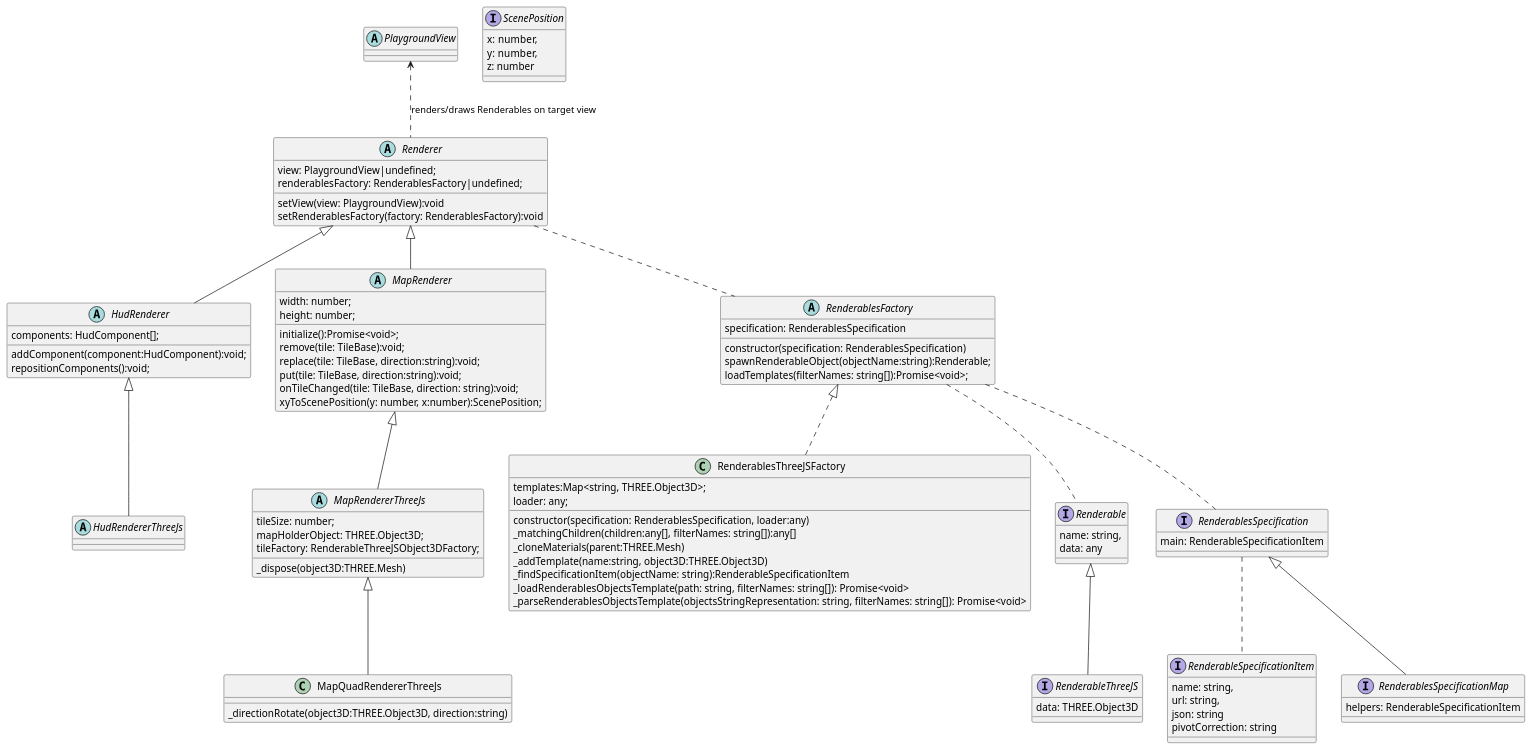
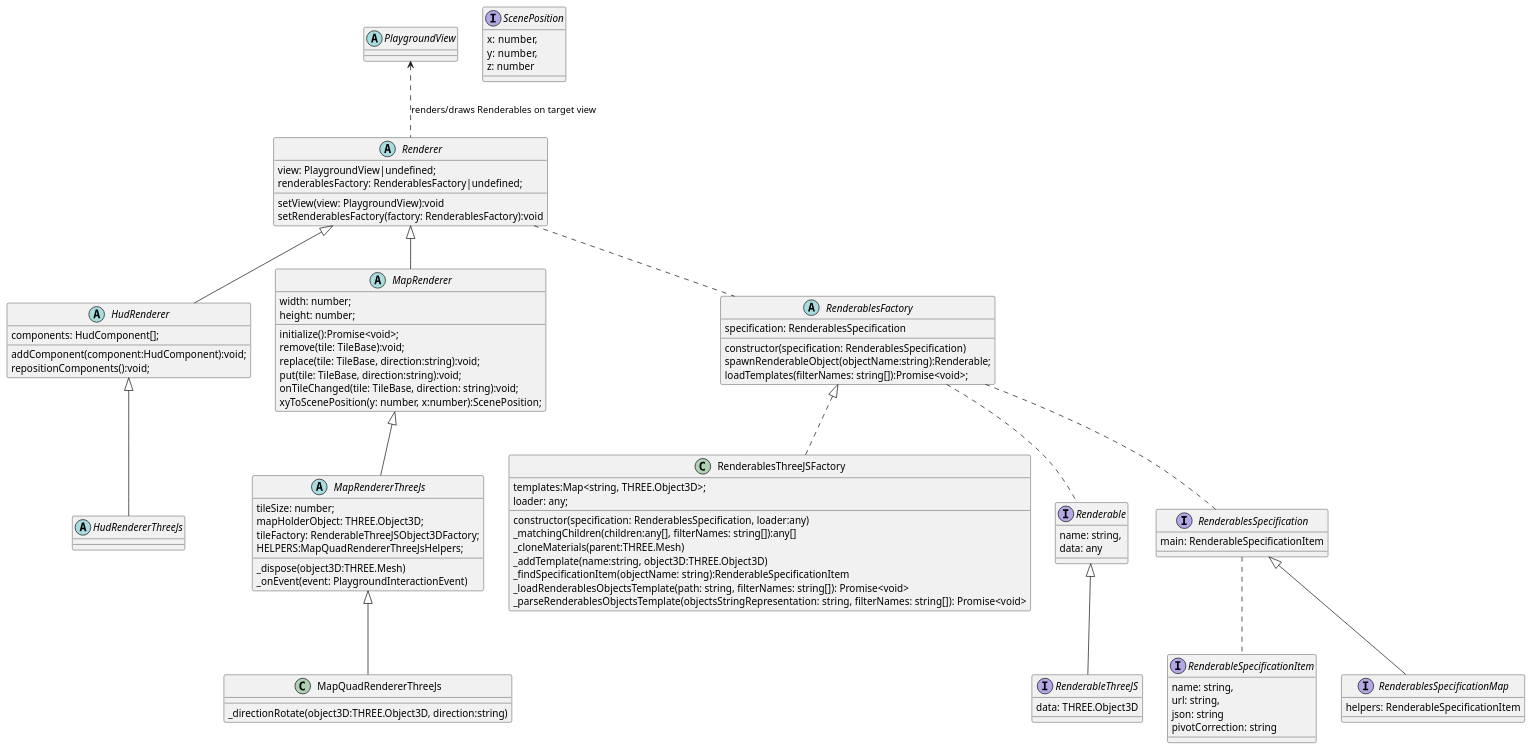
Before and after one commit to yentenobserver/gngine: the diagram in docs/renderer.model.puml, drawn with PlantUML. The commit also changed 3 other files, not shown here.

```diff
--- a/docs/renderer.model.puml
+++ b/docs/renderer.model.puml
@@ -1,118 +1,120 @@
 @startuml
 
 
 
 abstract class PlaygroundView {  }
 
 
 abstract class Renderer {
   view: PlaygroundView|undefined;
   renderablesFactory: RenderablesFactory|undefined;
   {method} setView(view: PlaygroundView):void
   {method} setRenderablesFactory(factory: RenderablesFactory):void
 }
 
 abstract class HudRenderer {
   components: HudComponent[];
   {method} addComponent(component:HudComponent):void;
   {method} repositionComponents():void;
 }
 
 abstract class HudRendererThreeJs {}
 
 abstract class MapRenderer {
   {field} width: number;
   {field} height: number;
   
 
   {method} initialize():Promise<void>;
   {method} remove(tile: TileBase):void;
   {method} replace(tile: TileBase, direction:string):void;
   {method} put(tile: TileBase, direction:string):void;
   {method} onTileChanged(tile: TileBase, direction: string):void;
   {method} xyToScenePosition(y: number, x:number):ScenePosition;
 }
 
 abstract class MapRendererThreeJs {
   tileSize: number;
   mapHolderObject: THREE.Object3D;
   tileFactory: RenderableThreeJSObject3DFactory;
+  HELPERS:MapQuadRendererThreeJsHelpers;
 
   {method} _dispose(object3D:THREE.Mesh)
+  {method} _onEvent(event: PlaygroundInteractionEvent)
 }
 
 class MapQuadRendererThreeJs {
   {method} _directionRotate(object3D:THREE.Object3D, direction:string)
 }
 
 abstract class RenderablesFactory {
   specification: RenderablesSpecification
   {method} constructor(specification: RenderablesSpecification)
   {method} spawnRenderableObject(objectName:string):Renderable;
   {method} loadTemplates(filterNames: string[]):Promise<void>;
 }
 
 class RenderablesThreeJSFactory {
   templates:Map<string, THREE.Object3D>;
   loader: any;
   {method} constructor(specification: RenderablesSpecification, loader:any)
   {method} _matchingChildren(children:any[], filterNames: string[]):any[]
   {method} _cloneMaterials(parent:THREE.Mesh)
   {method} _addTemplate(name:string, object3D:THREE.Object3D)
   {method} _findSpecificationItem(objectName: string):RenderableSpecificationItem
   {method} _loadRenderablesObjectsTemplate(path: string, filterNames: string[]): Promise<void>
   {method} _parseRenderablesObjectsTemplate(objectsStringRepresentation: string, filterNames: string[]): Promise<void>
 }
 
 interface Renderable{
   name: string,
   data: any
 }
 
 interface RenderableThreeJS{
   data: THREE.Object3D
 }
 
 
 
 interface RenderableSpecificationItem {
   name: string,
   url: string,
   json: string
   pivotCorrection: string
 }
 
 interface RenderablesSpecification {
   main: RenderableSpecificationItem  
 }
 
 interface RenderablesSpecificationMap {
   helpers: RenderableSpecificationItem
 }
 
 interface ScenePosition {
   x: number,
   y: number,
   z: number
 }
 
 PlaygroundView <.. Renderer : renders/draws Renderables on target view
 
 Renderer <|-- MapRenderer
 Renderer <|-- HudRenderer
 HudRenderer <|-- HudRendererThreeJs
 MapRenderer <|-- MapRendererThreeJs
 MapRendererThreeJs <|-- MapQuadRendererThreeJs
 Renderer .. RenderablesFactory
 RenderablesFactory .. Renderable
 
 RenderablesFactory <|.. RenderablesThreeJSFactory
 
 Renderable <|-- RenderableThreeJS
 
 RenderablesSpecification <|-- RenderablesSpecificationMap
 
 RenderablesSpecification .. RenderableSpecificationItem
 
 RenderablesFactory .. RenderablesSpecification
 @enduml
```
